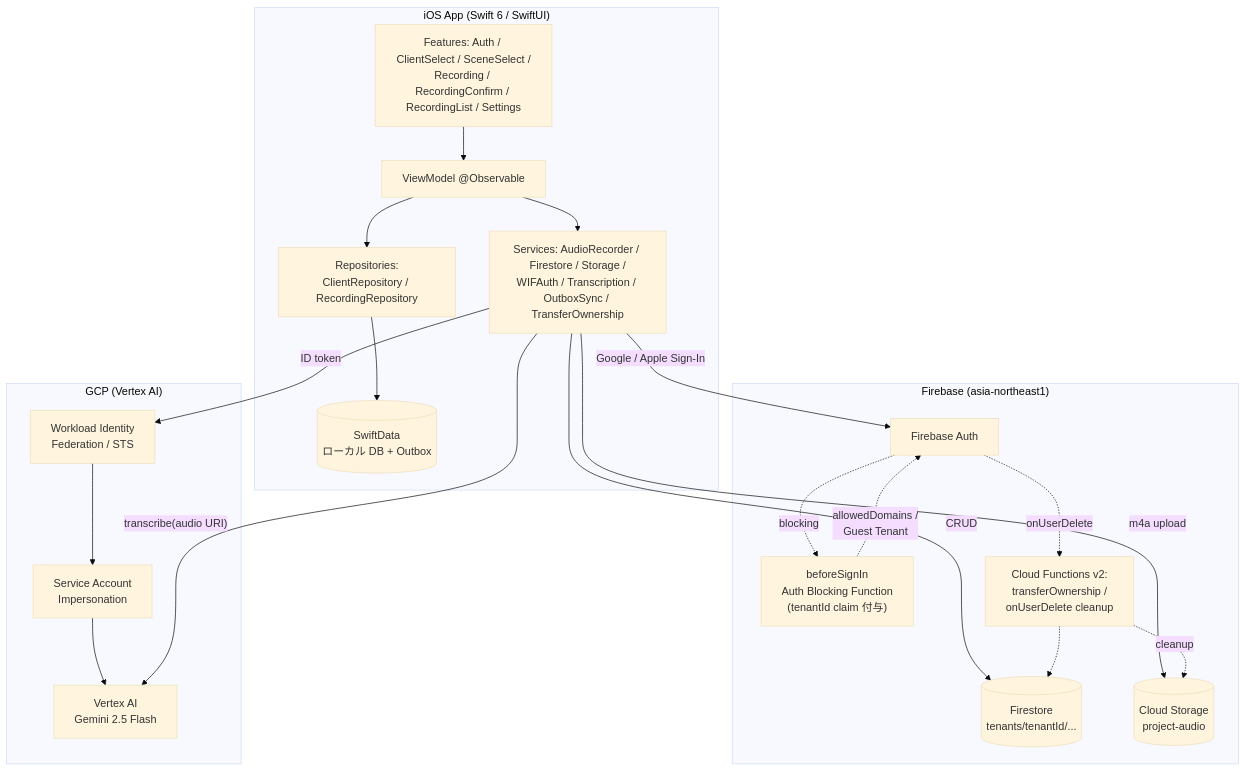
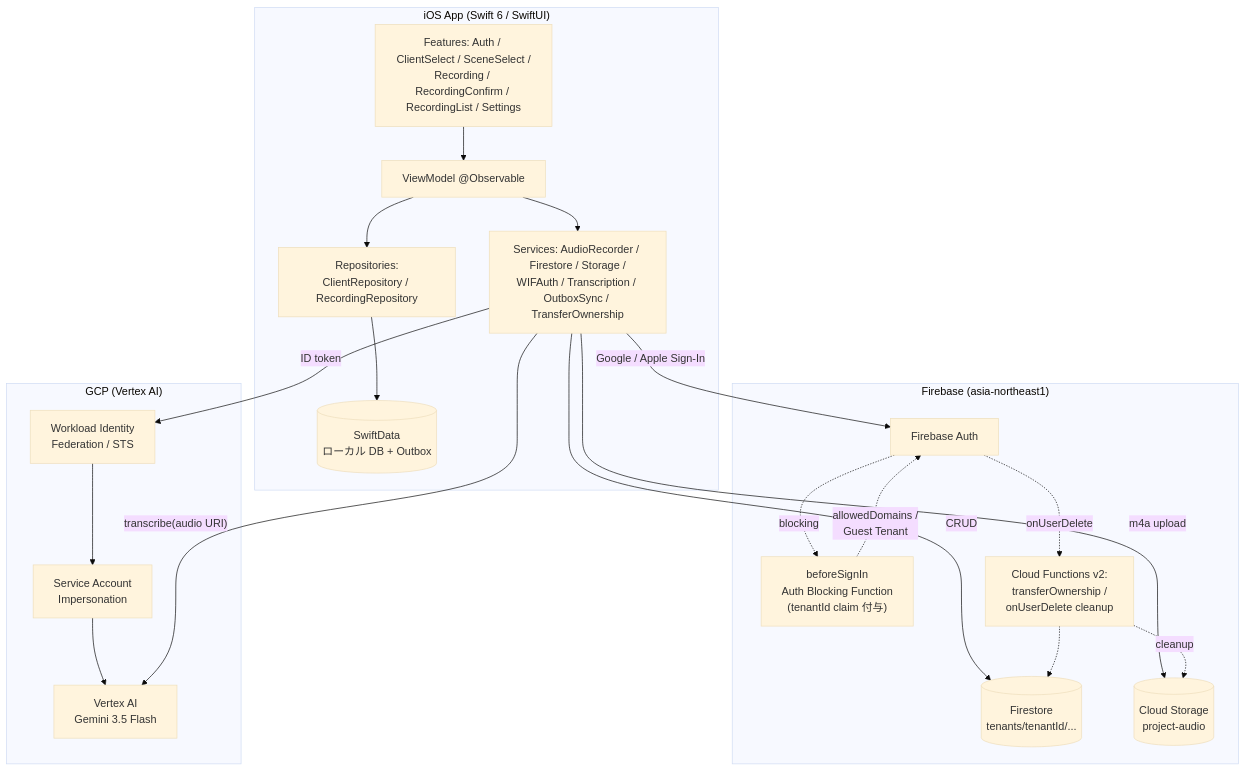
One commit to system-279/carenote-ios changed the first of 3 diagrams in README.md. Above: the diagram before and after it, drawn with Mermaid (base theme). The commit also changed other lines of this file and 20 other files, not shown here.

````diff
--- a/README.md
+++ b/README.md
@@ -51,36 +51,36 @@
 ```mermaid
 flowchart TB
     subgraph iOS["iOS App (Swift 6 / SwiftUI)"]
         Features[Features: Auth / ClientSelect / SceneSelect /<br/>Recording / RecordingConfirm / RecordingList / Settings]
         VM[ViewModel @Observable]
         Repo[Repositories:<br/>ClientRepository / RecordingRepository]
         Svc[Services: AudioRecorder / Firestore / Storage /<br/>WIFAuth / Transcription / OutboxSync / TransferOwnership]
         SD[(SwiftData<br/>ローカル DB + Outbox)]
     end
 
     subgraph Firebase["Firebase (asia-northeast1)"]
         FA[Firebase Auth]
         BSI["beforeSignIn<br/>Auth Blocking Function<br/>(tenantId claim 付与)"]
         FS[(Firestore<br/>tenants/tenantId/...)]
         CS[(Cloud Storage<br/>project-audio)]
         CF["Cloud Functions v2:<br/>transferOwnership /<br/>onUserDelete cleanup"]
     end
 
     subgraph GCP["GCP (Vertex AI)"]
         WIF[Workload Identity<br/>Federation / STS]
         SA[Service Account<br/>Impersonation]
-        Gemini[Vertex AI<br/>Gemini 2.5 Flash]
+        Gemini[Vertex AI<br/>Gemini 3.5 Flash]
     end
 
     Features --> VM --> Repo --> SD
     VM --> Svc
     Svc -->|Google / Apple Sign-In| FA
     FA -.->|blocking| BSI
     BSI -.->|"allowedDomains /<br/>Guest Tenant"| FA
     Svc -->|CRUD| FS
     Svc -->|m4a upload| CS
     Svc -->|ID token| WIF --> SA --> Gemini
     Svc -->|"transcribe(audio URI)"| Gemini
     FA -.->|onUserDelete| CF -.-> FS
     CF -.->|cleanup| CS
 ```
````
